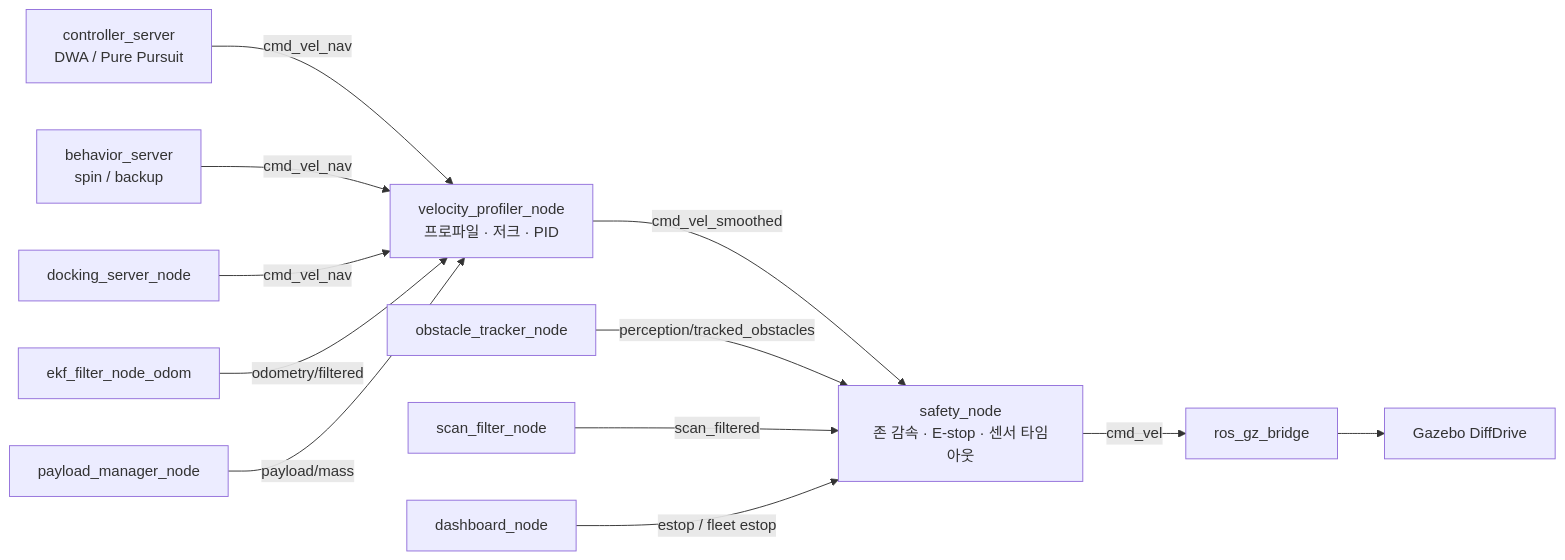
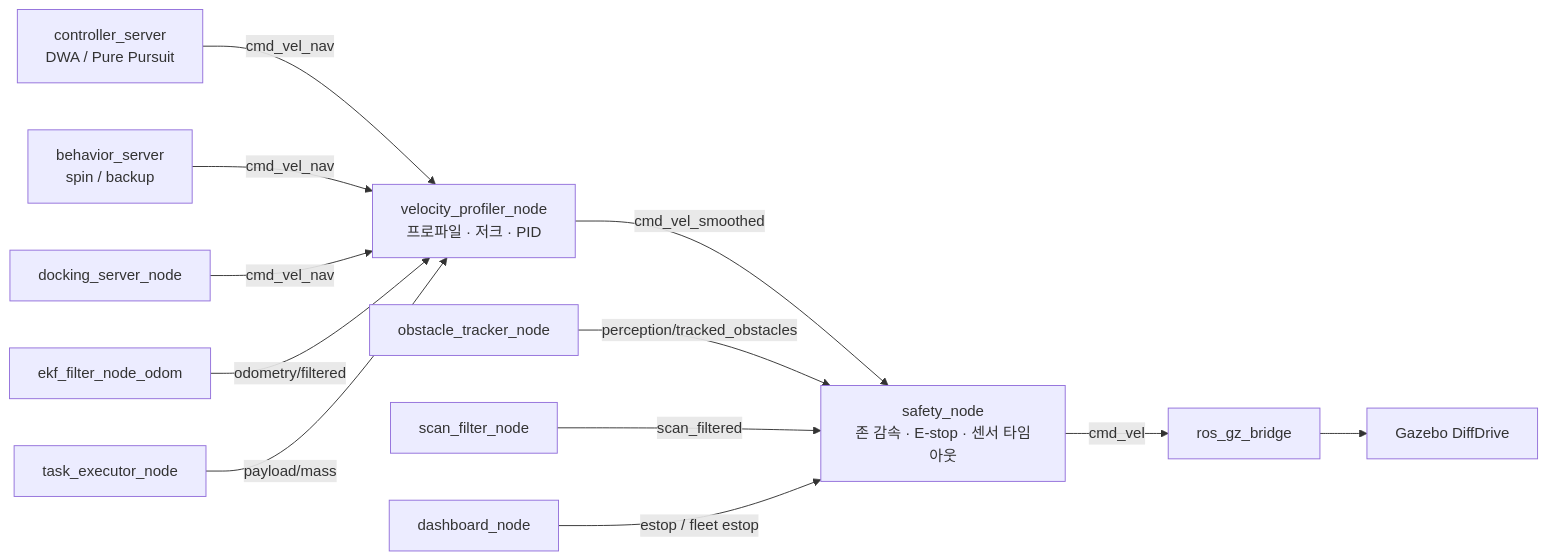
One commit to Benya111in/amr-fleet-system changed the third of 3 diagrams in docs/architecture/components.md. Above: the diagram before and after it, drawn with Mermaid. The commit also changed other lines of this file and 2 other files, not shown here.

First line of the commit message:
docs(architecture): 구현에 맞춰 계약·인터페이스 갱신

````diff
--- a/docs/architecture/components.md
+++ b/docs/architecture/components.md
@@ -318,13 +318,13 @@
 ```mermaid
 flowchart LR
   ctrl["controller_server<br/>DWA / Pure Pursuit"] -->|"cmd_vel_nav"| vprof
   behsrv["behavior_server<br/>spin / backup"] -->|"cmd_vel_nav"| vprof
   dock["docking_server_node"] -->|"cmd_vel_nav"| vprof
   vprof["velocity_profiler_node<br/>프로파일 · 저크 · PID"] -->|"cmd_vel_smoothed"| safety
   safety["safety_node<br/>존 감속 · E-stop · 센서 타임아웃"] -->|"cmd_vel"| bridge["ros_gz_bridge"] --> gz["Gazebo DiffDrive"]
   ekfo["ekf_filter_node_odom"] -->|"odometry/filtered"| vprof
-  payload["payload_manager_node"] -->|"payload/mass"| vprof
+  texec["task_executor_node"] -->|"payload/mass"| vprof
   tracker["obstacle_tracker_node"] -->|"perception/tracked_obstacles"| safety
   scanf["scan_filter_node"] -->|"scan_filtered"| safety
   dash["dashboard_node"] -->|"estop / fleet estop"| safety
 ```
````
